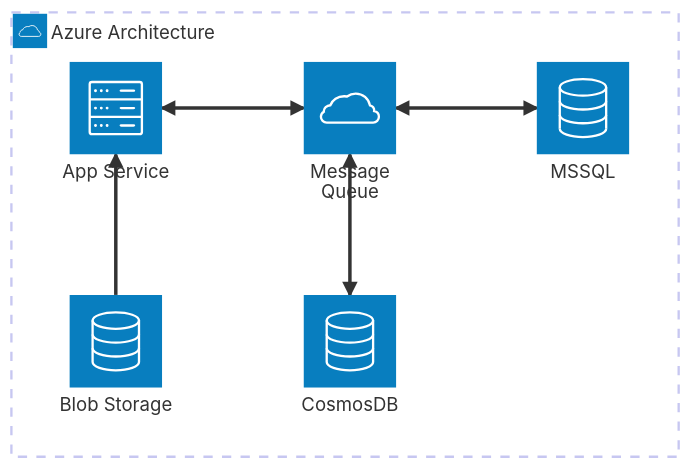
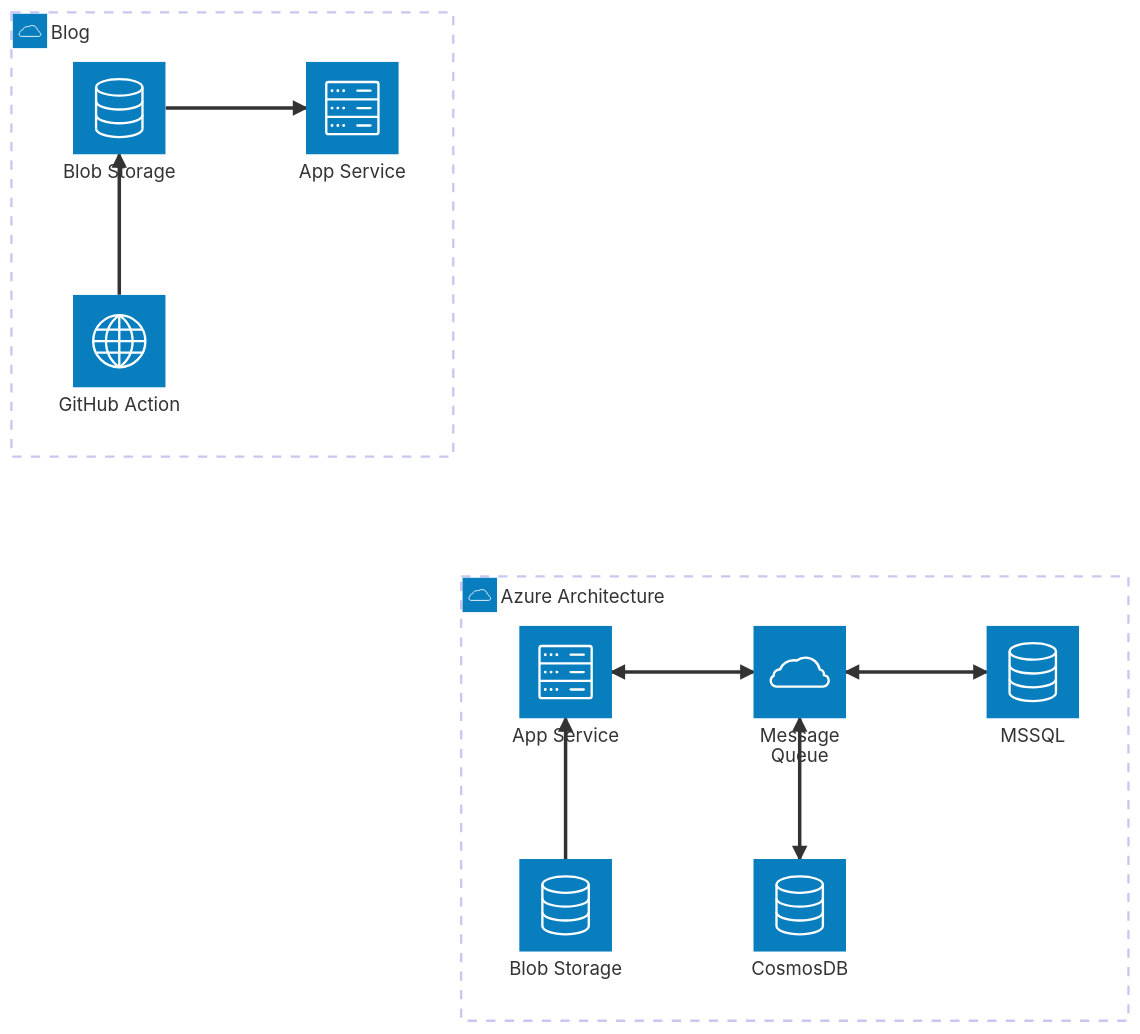
Before and after one commit to jburditt/jburditt: the diagram in README.md, drawn with Mermaid. The commit also changed other lines of this file, not shown here.

````diff
--- a/README.md
+++ b/README.md
@@ -47,13 +52,20 @@
 ```mermaid
 architecture-beta
     group api(cloud)[Azure Architecture]
     service nosql(database)[CosmosDB] in api
     service server(server)[App Service] in api
     service db(database)[MSSQL] in api
     service blob(database)[Blob Storage] in api
     service message(cloud)[Message Queue] in api
     message:L <--> R:server
     message:B <--> T:nosql
     message:R <--> L:db
     blob:T --> B:server
+
+    group blog(cloud)[Blog]
+    service blogapp(server)[App Service] in blog
+    service blogblob(database)[Blob Storage] in blog
+    service deploy(internet)[GitHub Action] in blog
+    deploy:T --> B:blogblob
+    blogblob:R --> L:blogapp
 ```
````
